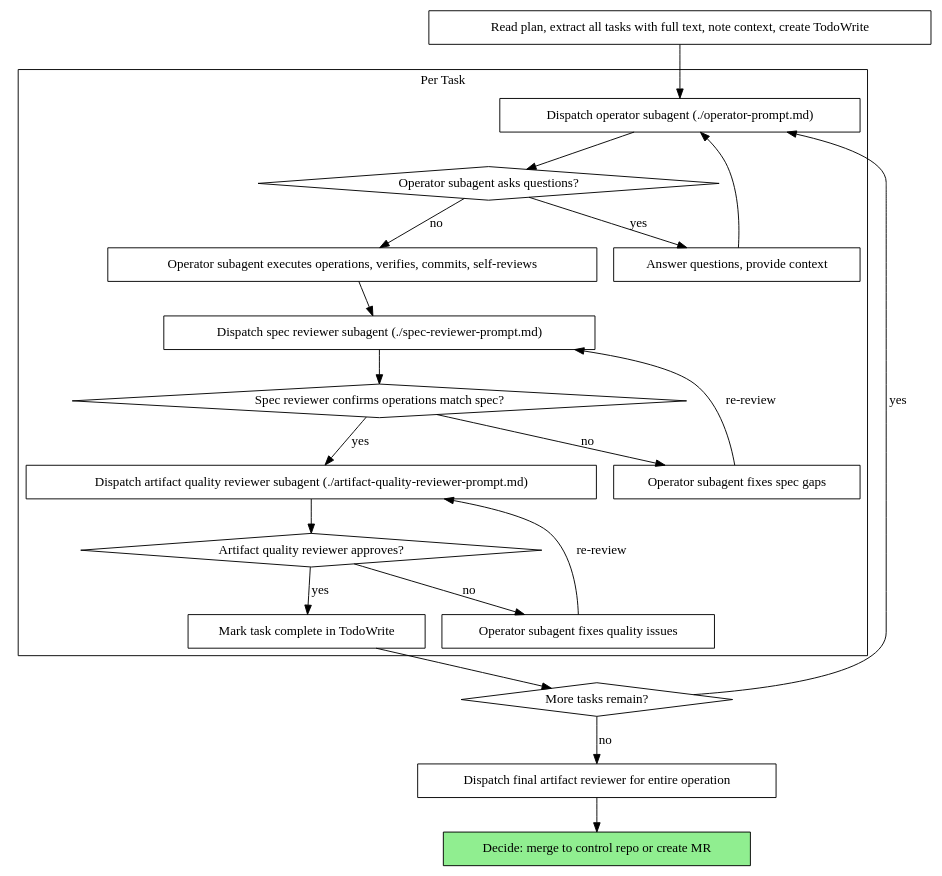
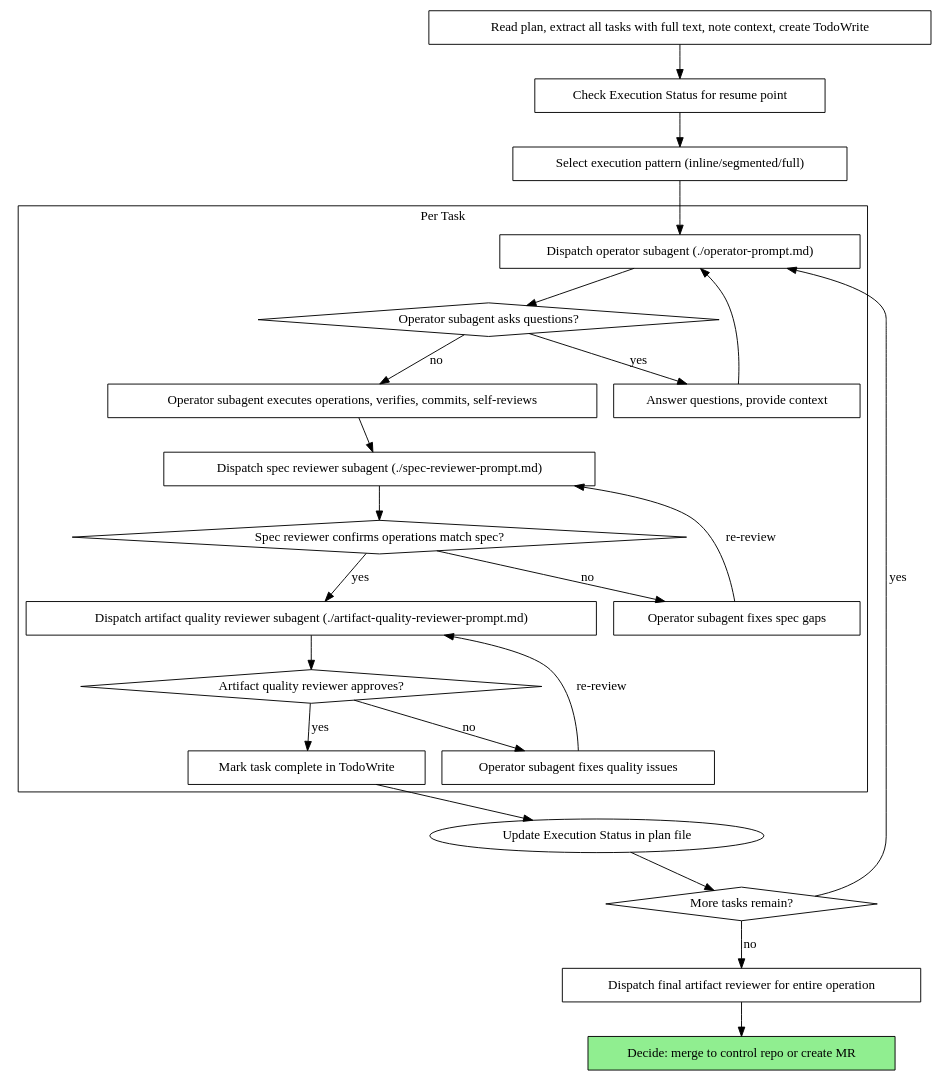
Before and after one commit to yg-codes/srepowers: the second of 2 diagrams in skills/subagent-driven-operation/SKILL.md, drawn with Graphviz. The commit also changed other lines of this file and 6 other files, not shown here.

First line of the commit message:
feat(planning): adopt GSD-style plan structure, checker, execution patterns, and state tracking

````diff
--- a/skills/subagent-driven-operation/SKILL.md
+++ b/skills/subagent-driven-operation/SKILL.md
@@ -44,44 +74,49 @@
 ```dot
 digraph process {
     rankdir=TB;
 
     subgraph cluster_per_task {
         label="Per Task";
         "Dispatch operator subagent (./operator-prompt.md)" [shape=box];
         "Operator subagent asks questions?" [shape=diamond];
         "Answer questions, provide context" [shape=box];
         "Operator subagent executes operations, verifies, commits, self-reviews" [shape=box];
         "Dispatch spec reviewer subagent (./spec-reviewer-prompt.md)" [shape=box];
         "Spec reviewer confirms operations match spec?" [shape=diamond];
         "Operator subagent fixes spec gaps" [shape=box];
         "Dispatch artifact quality reviewer subagent (./artifact-quality-reviewer-prompt.md)" [shape=box];
         "Artifact quality reviewer approves?" [shape=diamond];
         "Operator subagent fixes quality issues" [shape=box];
         "Mark task complete in TodoWrite" [shape=box];
     }
 
     "Read plan, extract all tasks with full text, note context, create TodoWrite" [shape=box];
+    "Check Execution Status for resume point" [shape=box];
+    "Select execution pattern (inline/segmented/full)" [shape=box];
     "More tasks remain?" [shape=diamond];
     "Dispatch final artifact reviewer for entire operation" [shape=box];
     "Decide: merge to control repo or create MR" [shape=box style=filled fillcolor=lightgreen];
 
-    "Read plan, extract all tasks with full text, note context, create TodoWrite" -> "Dispatch operator subagent (./operator-prompt.md)";
+    "Read plan, extract all tasks with full text, note context, create TodoWrite" -> "Check Execution Status for resume point";
+    "Check Execution Status for resume point" -> "Select execution pattern (inline/segmented/full)";
+    "Select execution pattern (inline/segmented/full)" -> "Dispatch operator subagent (./operator-prompt.md)";
     "Dispatch operator subagent (./operator-prompt.md)" -> "Operator subagent asks questions?";
     "Operator subagent asks questions?" -> "Answer questions, provide context" [label="yes"];
     "Answer questions, provide context" -> "Dispatch operator subagent (./operator-prompt.md)";
     "Operator subagent asks questions?" -> "Operator subagent executes operations, verifies, commits, self-reviews" [label="no"];
     "Operator subagent executes operations, verifies, commits, self-reviews" -> "Dispatch spec reviewer subagent (./spec-reviewer-prompt.md)";
     "Dispatch spec reviewer subagent (./spec-reviewer-prompt.md)" -> "Spec reviewer confirms operations match spec?";
     "Spec reviewer confirms operations match spec?" -> "Operator subagent fixes spec gaps" [label="no"];
     "Operator subagent fixes spec gaps" -> "Dispatch spec reviewer subagent (./spec-reviewer-prompt.md)" [label="re-review"];
     "Spec reviewer confirms operations match spec?" -> "Dispatch artifact quality reviewer subagent (./artifact-quality-reviewer-prompt.md)" [label="yes"];
     "Dispatch artifact quality reviewer subagent (./artifact-quality-reviewer-prompt.md)" -> "Artifact quality reviewer approves?";
     "Artifact quality reviewer approves?" -> "Operator subagent fixes quality issues" [label="no"];
     "Operator subagent fixes quality issues" -> "Dispatch artifact quality reviewer subagent (./artifact-quality-reviewer-prompt.md)" [label="re-review"];
     "Artifact quality reviewer approves?" -> "Mark task complete in TodoWrite" [label="yes"];
-    "Mark task complete in TodoWrite" -> "More tasks remain?";
+    "Mark task complete in TodoWrite" -> "Update Execution Status in plan file";
+    "Update Execution Status in plan file" -> "More tasks remain?";
     "More tasks remain?" -> "Dispatch operator subagent (./operator-prompt.md)" [label="yes"];
     "More tasks remain?" -> "Dispatch final artifact reviewer for entire operation" [label="no"];
     "Dispatch final artifact reviewer for entire operation" -> "Decide: merge to control repo or create MR";
 }
 ```
````
